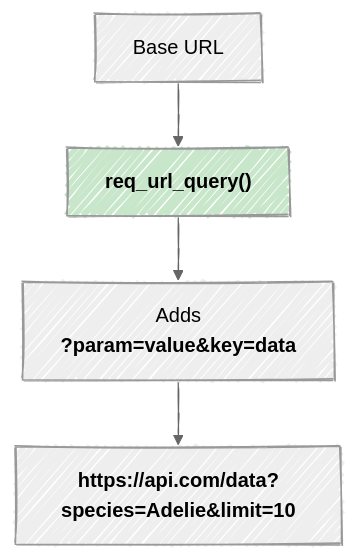
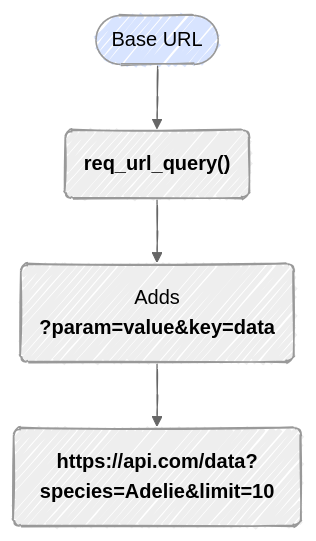
Before and after one commit to mjfrigaard/do4ds-labs: the eighth of 10 diagrams in r-app-api.qmd, drawn with Mermaid. The commit also changed other lines of this file and 18 other files, not shown here.

````diff
--- a/r-app-api.qmd
+++ b/r-app-api.qmd
@@ -673,12 +654,12 @@
 ```{mermaid}
 %%| fig-width: 6.5
 %%| fig-align: center
 %%{init: {'theme': 'neutral', 'look': 'handDrawn', 'themeVariables': { 'fontFamily': 'monospace'}}}%%
 
 graph TD
-	A[Base URL] --> B["<strong>req_url_query()</strong>"]
-	B --> C["Adds<br><strong>?param=value&key=data</strong>"]
-	C --> D["<strong>https://</strong><strong>api.com/data?species=Adelie&limit=10</strong>"]
+	A(["Base URL"]) --> B("<strong>req_url_query()</strong>")
+	B --> C("Adds<br><strong>?param=value&key=data</strong>")
+	C --> D("<strong>https://</strong><strong>api.com/data?species=Adelie&limit=10</strong>")
 
-style B fill:#c8e6c9
+style A fill:#d8e4ff
 ```
````
